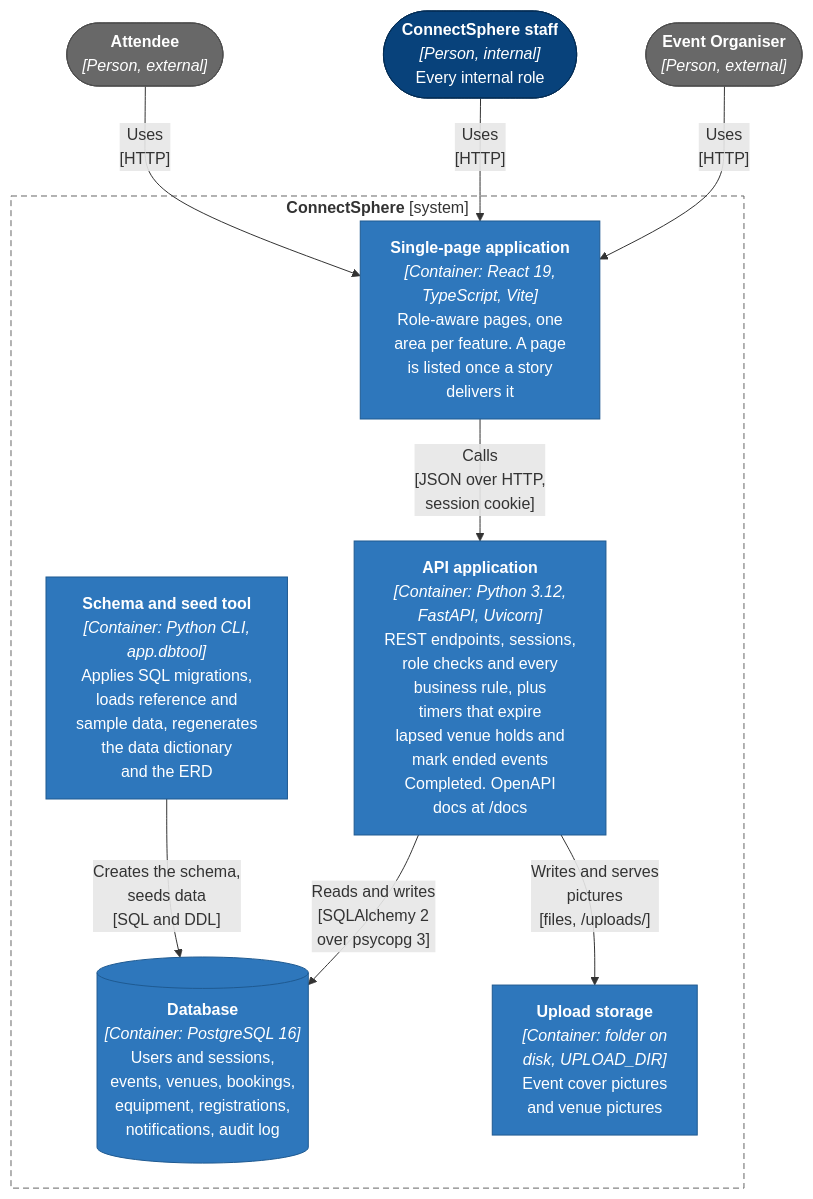
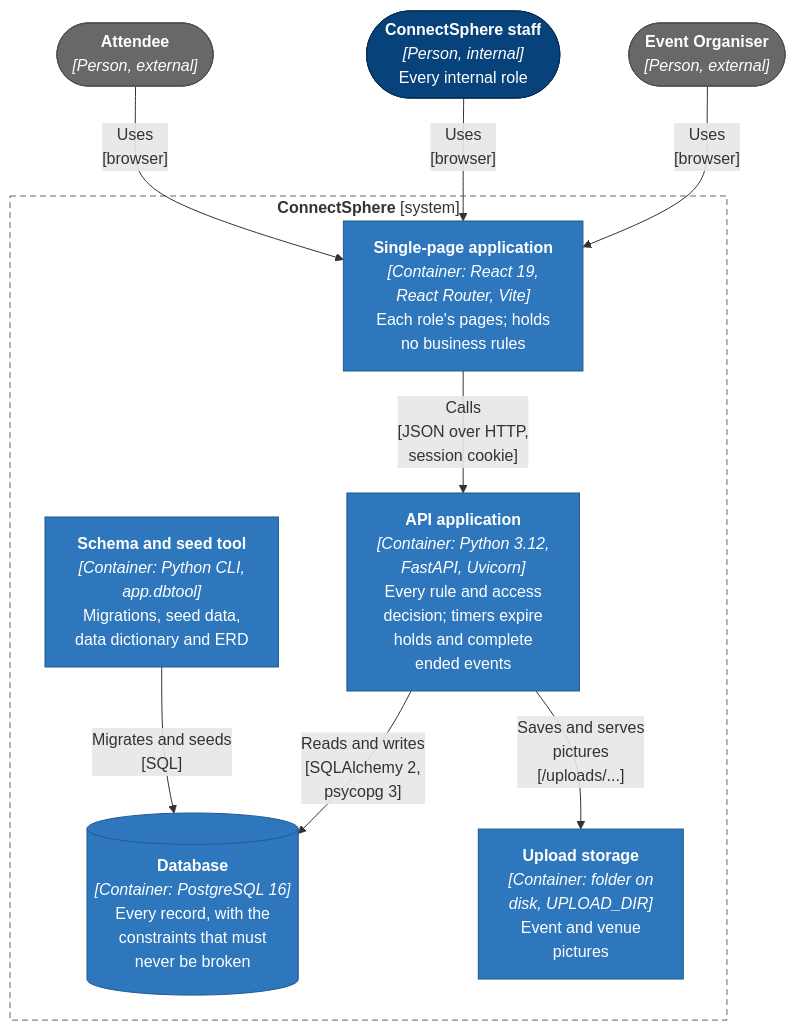
The second of 9 diagrams in docs/C4_MODEL.md (mecmk/SPM-G5), drawn with Mermaid before and after one commit. The commit also changed other lines of this file and 10 other files, not shown here.

````diff
--- a/docs/C4_MODEL.md
+++ b/docs/C4_MODEL.md
@@ -63,28 +66,32 @@
 ```mermaid
 flowchart TB
     classDef person fill:#08427b,stroke:#052e56,color:#ffffff
     classDef external fill:#686868,stroke:#4d4d4d,color:#ffffff
+    classDef system fill:#1168bd,stroke:#0b4884,color:#ffffff
     classDef container fill:#2e77bc,stroke:#1f5a91,color:#ffffff
+    classDef component fill:#85bbf0,stroke:#5d82a8,color:#000000
+    classDef workflow fill:#5d9fe0,stroke:#3f78b3,color:#000000
+    classDef outside fill:#e6e6e6,stroke:#b3b3b3,color:#333333
 
     organiser(["<b>Event Organiser</b><br/><i>[Person, external]</i>"]):::external
     staff(["<b>ConnectSphere staff</b><br/><i>[Person, internal]</i><br/>Every internal role"]):::person
     attendee(["<b>Attendee</b><br/><i>[Person, external]</i>"]):::external
 
     subgraph connectsphere["<b>ConnectSphere</b> [system]"]
-        spa["<b>Single-page application</b><br/><i>[Container: React 19,<br/>TypeScript, Vite]</i><br/>Role-aware pages, one<br/>area per feature. A page<br/>is listed once a story<br/>delivers it"]:::container
-        api["<b>API application</b><br/><i>[Container: Python 3.12,<br/>FastAPI, Uvicorn]</i><br/>REST endpoints, sessions,<br/>role checks and every<br/>business rule, plus<br/>timers that expire<br/>lapsed venue holds and<br/>mark ended events<br/>Completed. OpenAPI<br/>docs at /docs"]:::container
-        db[("<b>Database</b><br/><i>[Container: PostgreSQL 16]</i><br/>Users and sessions,<br/>events, venues, bookings,<br/>equipment, registrations,<br/>notifications, audit log")]:::container
-        uploads["<b>Upload storage</b><br/><i>[Container: folder on<br/>disk, UPLOAD_DIR]</i><br/>Event cover pictures<br/>and venue pictures"]:::container
-        dbtool["<b>Schema and seed tool</b><br/><i>[Container: Python CLI,<br/>app.dbtool]</i><br/>Applies SQL migrations,<br/>loads reference and<br/>sample data, regenerates<br/>the data dictionary<br/>and the ERD"]:::container
+        spa["<b>Single-page application</b><br/><i>[Container: React 19,<br/>React Router, Vite]</i><br/>Each role's pages; holds<br/>no business rules"]:::container
+        api["<b>API application</b><br/><i>[Container: Python 3.12,<br/>FastAPI, Uvicorn]</i><br/>Every rule and access<br/>decision; timers expire<br/>holds and complete<br/>ended events"]:::container
+        db[("<b>Database</b><br/><i>[Container: PostgreSQL 16]</i><br/>Every record, with the<br/>constraints that must<br/>never be broken")]:::container
+        uploads["<b>Upload storage</b><br/><i>[Container: folder on<br/>disk, UPLOAD_DIR]</i><br/>Event and venue<br/>pictures"]:::container
+        dbtool["<b>Schema and seed tool</b><br/><i>[Container: Python CLI,<br/>app.dbtool]</i><br/>Migrations, seed data,<br/>data dictionary and ERD"]:::container
     end
 
-    organiser -->|"Uses<br/>[HTTP]"| spa
-    staff -->|"Uses<br/>[HTTP]"| spa
-    attendee -->|"Uses<br/>[HTTP]"| spa
+    organiser -->|"Uses<br/>[browser]"| spa
+    staff -->|"Uses<br/>[browser]"| spa
+    attendee -->|"Uses<br/>[browser]"| spa
     spa -->|"Calls<br/>[JSON over HTTP,<br/>session cookie]"| api
-    api -->|"Reads and writes<br/>[SQLAlchemy 2<br/>over psycopg 3]"| db
-    api -->|"Writes and serves<br/>pictures<br/>[files, /uploads/]"| uploads
-    dbtool -->|"Creates the schema,<br/>seeds data<br/>[SQL and DDL]"| db
+    api -->|"Reads and writes<br/>[SQLAlchemy 2,<br/>psycopg 3]"| db
+    api -->|"Saves and serves<br/>pictures<br/>[/uploads/...]"| uploads
+    dbtool -->|"Migrates and seeds<br/>[SQL]"| db
 
     style connectsphere fill:none,stroke:#666666,stroke-dasharray:6 4
 ```
````
